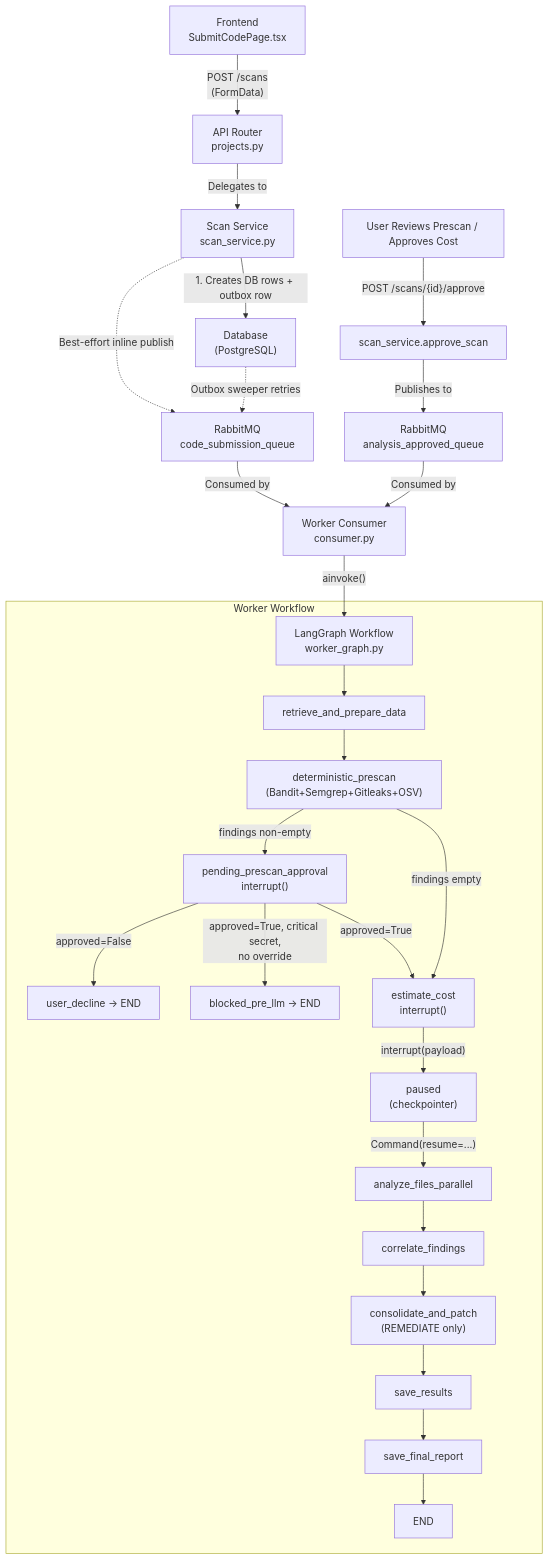
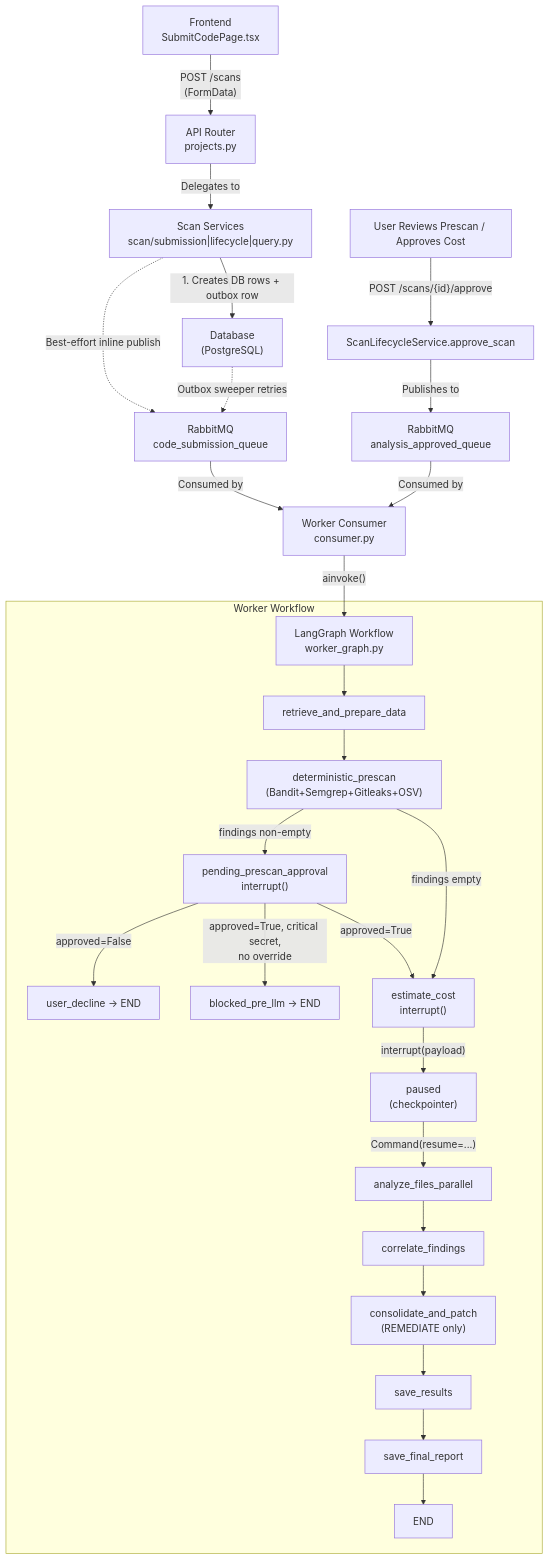
One commit to nerdy-krishna/secure_coding_platform changed the diagram in .agent/scanning_flow.md. Above: the diagram before and after it, drawn with Mermaid. The commit also changed other lines of this file and 10 other files, not shown here.

First line of the commit message:
refactor(services): split scan_service into submission/lifecycle/query

````diff
--- a/.agent/scanning_flow.md
+++ b/.agent/scanning_flow.md
@@ -5,31 +5,31 @@
 ```mermaid
 flowchart TD
     A["Frontend\nSubmitCodePage.tsx"] -->|"POST /scans\n(FormData)"| B["API Router\nprojects.py"]
-    B -->|"Delegates to"| C["Scan Service\nscan_service.py"]
+    B -->|"Delegates to"| C["Scan Services\nscan/submission|lifecycle|query.py"]
     C -->|"1. Creates DB rows + outbox row"| D["Database\n(PostgreSQL)"]
     C -.->|"Best-effort inline publish"| E["RabbitMQ\ncode_submission_queue"]
     D -.->|"Outbox sweeper retries"| E
     E -->|"Consumed by"| F["Worker Consumer\nconsumer.py"]
     F -->|"ainvoke()"| G["LangGraph Workflow\nworker_graph.py"]
 
     subgraph Worker Workflow
       G --> H["retrieve_and_prepare_data"]
       H --> H2["deterministic_prescan\n(Bandit+Semgrep+Gitleaks+OSV)"]
       H2 -->|"findings non-empty"| H3["pending_prescan_approval\ninterrupt()"]
       H3 -->|"approved=False"| H4["user_decline → END"]
       H3 -->|"approved=True, critical secret,\nno override"| H5["blocked_pre_llm → END"]
       H3 -->|"approved=True"| I["estimate_cost\ninterrupt()"]
       H2 -->|"findings empty"| I
       I -->|"interrupt(payload)"| Z1["paused\n(checkpointer)"]
       Z1 -->|"Command(resume=...)"| K["analyze_files_parallel"]
       K --> L["correlate_findings"]
       L --> M["consolidate_and_patch\n(REMEDIATE only)"]
       M --> N["save_results"]
       N --> O["save_final_report"]
       O --> Z2["END"]
     end
 
-    P["User Reviews Prescan / Approves Cost"] -->|"POST /scans/{id}/approve"| Q["scan_service.approve_scan"]
+    P["User Reviews Prescan / Approves Cost"] -->|"POST /scans/{id}/approve"| Q["ScanLifecycleService.approve_scan"]
     Q -->|"Publishes to"| R["RabbitMQ\nanalysis_approved_queue"]
     R -->|"Consumed by"| F
 ```
````
